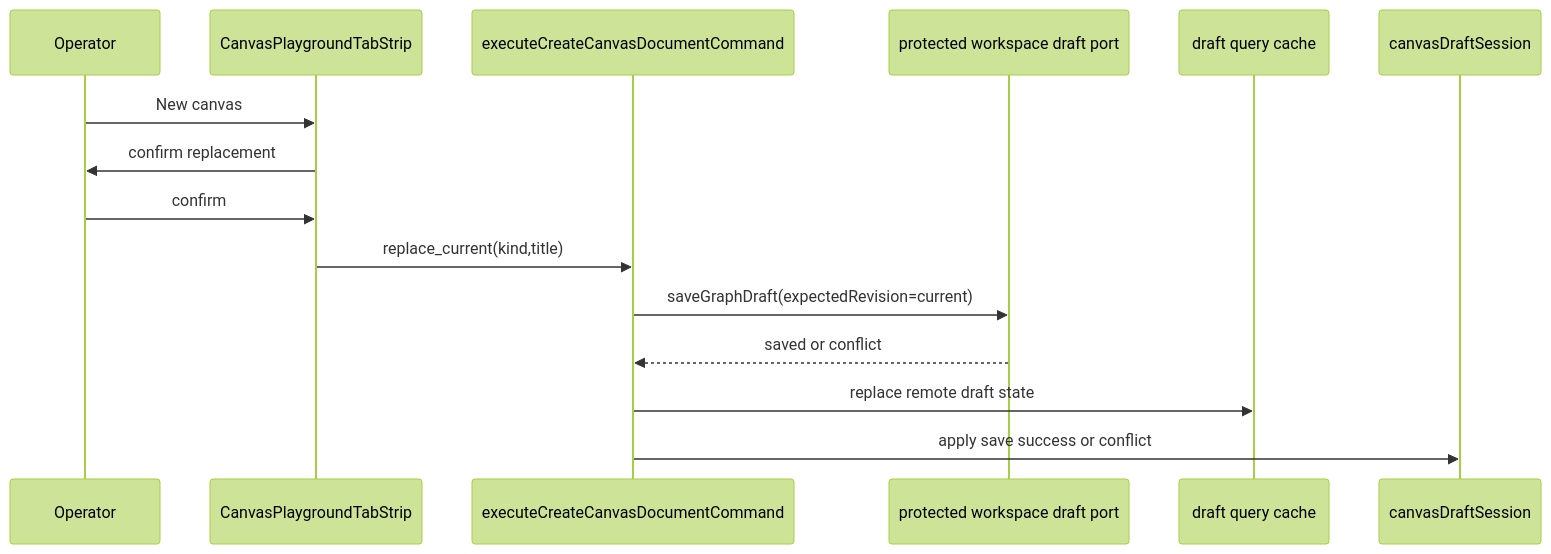
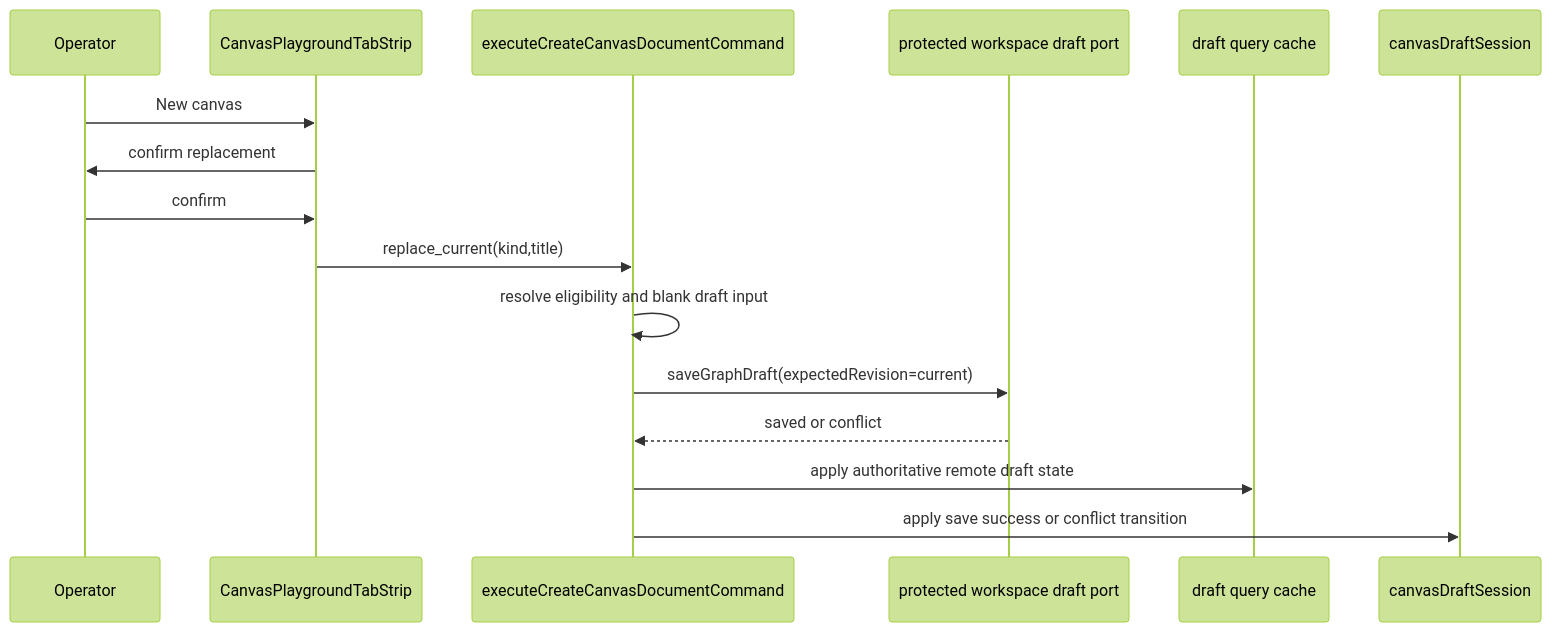
Before and after one commit to dunay2/dvt: the second of 6 diagrams in docs/architecture/components/web/graph/canvas-startup-and-draft-recovery-component.md, drawn with Mermaid (forest theme). The commit also changed other lines of this file and 72 other files, not shown here.

First line of the commit message:
refactor(web): Harden Canvas startup architecture

````diff
--- a/docs/architecture/components/web/graph/canvas-startup-and-draft-recovery-component.md
+++ b/docs/architecture/components/web/graph/canvas-startup-and-draft-recovery-component.md
@@ -109,18 +130,19 @@
 ```mermaid
 sequenceDiagram
   participant Operator
   participant Tabs as CanvasPlaygroundTabStrip
   participant Command as executeCreateCanvasDocumentCommand
   participant Draft as protected workspace draft port
   participant Cache as draft query cache
   participant Session as canvasDraftSession
 
   Operator->>Tabs: New canvas
   Tabs->>Operator: confirm replacement
   Operator->>Tabs: confirm
   Tabs->>Command: replace_current(kind,title)
+  Command->>Command: resolve eligibility and blank draft input
   Command->>Draft: saveGraphDraft(expectedRevision=current)
   Draft-->>Command: saved or conflict
-  Command->>Cache: replace remote draft state
-  Command->>Session: apply save success or conflict
+  Command->>Cache: apply authoritative remote draft state
+  Command->>Session: apply save success or conflict transition
 ```
````
